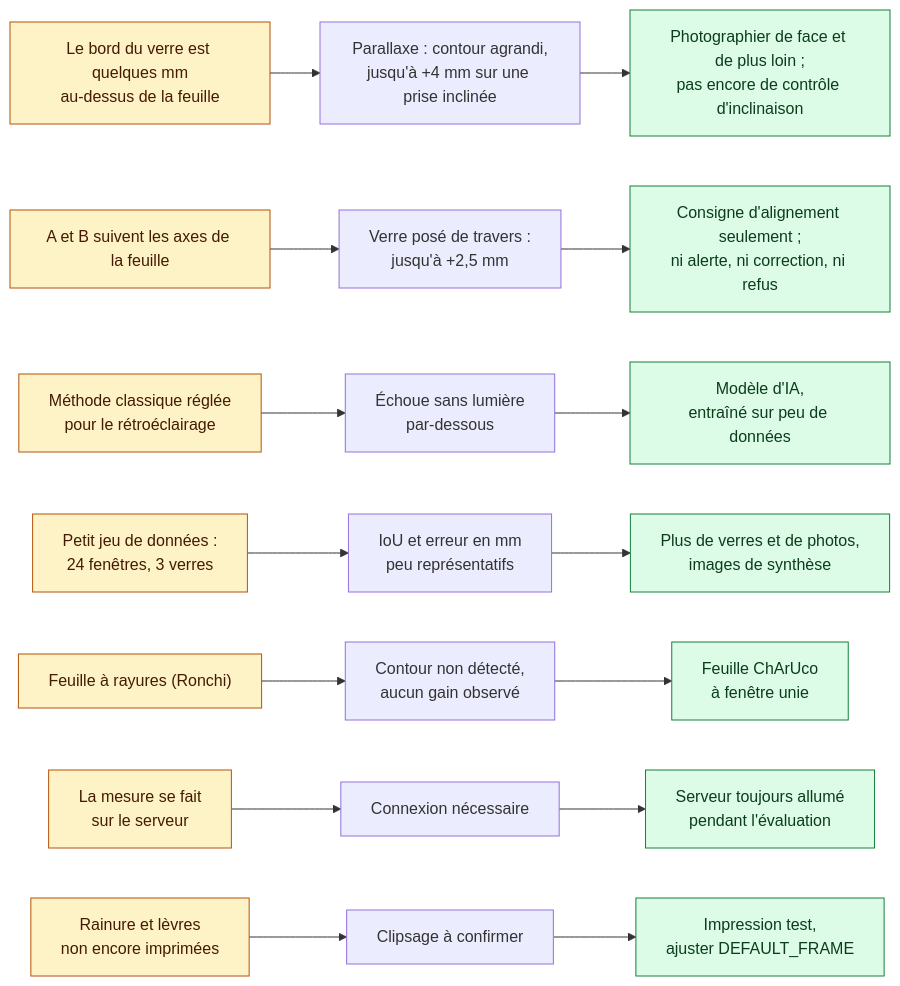
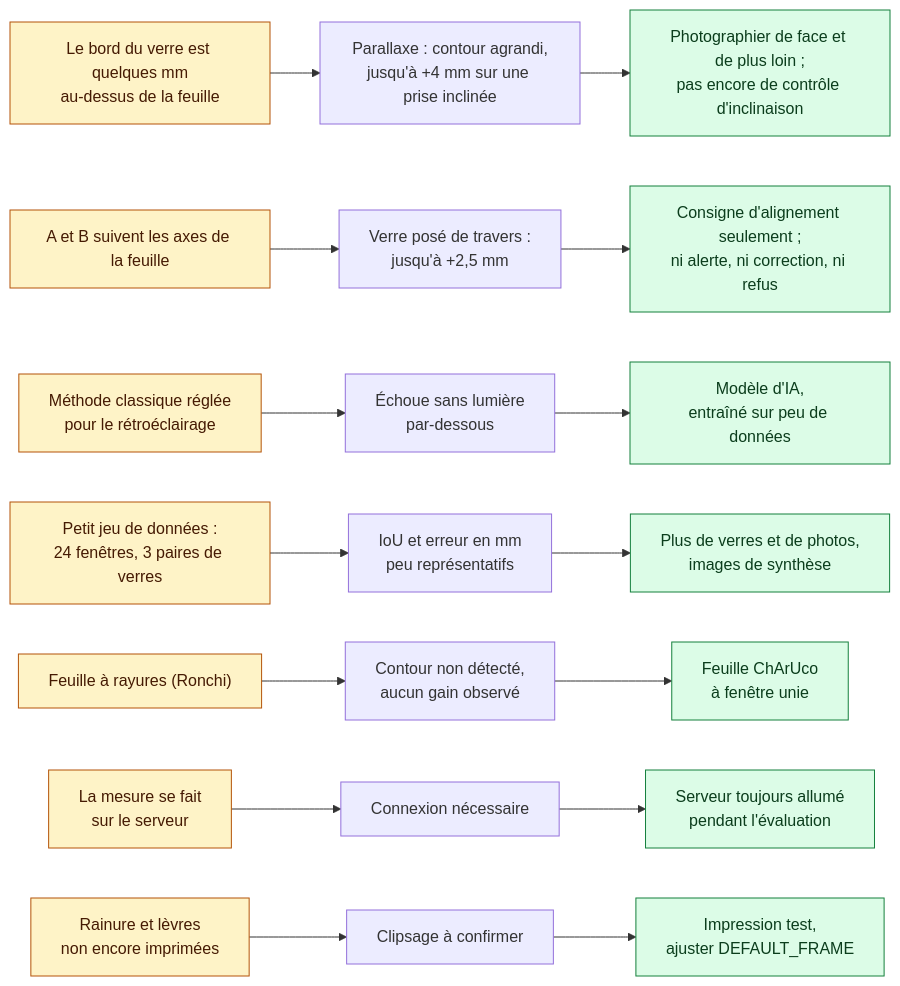
Before and after one commit to CodeMLYummy/optiframe: the third of 3 diagrams in docs/validation.md, drawn with Mermaid. The commit also changed other lines of this file and 1 other file, not shown here.

Commit message:
docs: the test set is 3 pairs of lenses, not 3 lenses

````diff
--- a/docs/validation.md
+++ b/docs/validation.md
@@ -115,15 +115,15 @@
 ```mermaid
 flowchart LR
     L1["Le bord du verre est quelques mm<br/>au-dessus de la feuille"] --> I1["Parallaxe : contour agrandi,<br/>jusqu'à +4 mm sur une prise inclinée"] --> F1["Photographier de face et de plus loin ;<br/>pas encore de contrôle d'inclinaison"]
     L2["A et B suivent les axes de la feuille"] --> I2["Verre posé de travers :<br/>jusqu'à +2,5 mm"] --> F2["Consigne d'alignement seulement ;<br/>ni alerte, ni correction, ni refus"]
     L3["Méthode classique réglée<br/>pour le rétroéclairage"] --> I3["Échoue sans lumière<br/>par-dessous"] --> F3["Modèle d'IA,<br/>entraîné sur peu de données"]
-    L4["Petit jeu de données :<br/>24 fenêtres, 3 verres"] --> I4["IoU et erreur en mm<br/>peu représentatifs"] --> F4["Plus de verres et de photos,<br/>images de synthèse"]
+    L4["Petit jeu de données :<br/>24 fenêtres, 3 paires de verres"] --> I4["IoU et erreur en mm<br/>peu représentatifs"] --> F4["Plus de verres et de photos,<br/>images de synthèse"]
     L5["Feuille à rayures (Ronchi)"] --> I5["Contour non détecté,<br/>aucun gain observé"] --> F5["Feuille ChArUco<br/>à fenêtre unie"]
     L6["La mesure se fait<br/>sur le serveur"] --> I6["Connexion nécessaire"] --> F6["Serveur toujours allumé<br/>pendant l'évaluation"]
     L7["Rainure et lèvres<br/>non encore imprimées"] --> I7["Clipsage à confirmer"] --> F7["Impression test,<br/>ajuster DEFAULT_FRAME"]
 
     classDef cause fill:#fef3c7,stroke:#b45309,color:#451a03
     classDef fix fill:#dcfce7,stroke:#15803d,color:#0b3d1c
     class L1,L2,L3,L4,L5,L6,L7 cause
     class F1,F2,F3,F4,F5,F6,F7 fix
 ```
````
